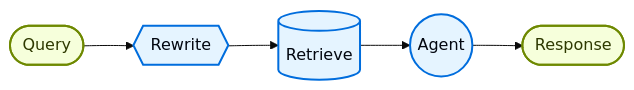
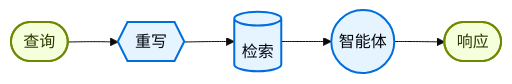
One commit to kunfan96/cndocs-langchain changed the second of 2 diagrams in oss/javascript/langchain/multi-agent/custom-workflow.mdx. Above: the diagram before and after it, drawn with Mermaid (base theme). The commit also changed other lines of this file and 2498 other files, not shown here.

````diff
--- a/oss/javascript/langchain/multi-agent/custom-workflow.mdx
+++ b/oss/javascript/langchain/multi-agent/custom-workflow.mdx
@@ -95,13 +93,13 @@
 ```mermaid
 graph LR
-    A([Query]) --> B{{Rewrite}}
-    B --> C[(Retrieve)]
-    C --> D((Agent))
-    D --> E([Response])
+    A([查询]) --> B{{重写}}
+    B --> C[(检索)]
+    C --> D((智能体))
+    D --> E([响应])
 
     classDef trigger fill:#F6FFDB,stroke:#6E8900,stroke-width:2px,color:#2E3900
     classDef process fill:#E5F4FF,stroke:#006DDD,stroke-width:2px,color:#030710
 
     class A,E trigger
     class B,C,D process
 ```
````
